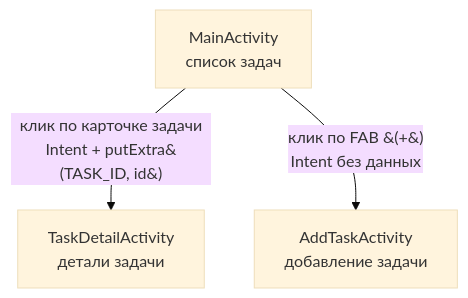
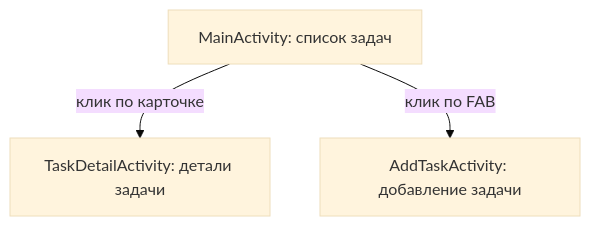
Before and after one commit to Lizix19/calendar: the diagram in docs/stage2_screens_diagram.md, drawn with Mermaid (base theme).

Commit message:
Fix mermaid diagram syntax

````diff
--- a/docs/stage2_screens_diagram.md
+++ b/docs/stage2_screens_diagram.md
@@ -3,5 +3,5 @@
 ```mermaid
 flowchart TD
-    A[MainActivity<br/>список задач] -->|клик по карточке задачи<br/>Intent + putExtra&#40;TASK_ID, id&#41;| B[TaskDetailActivity<br/>детали задачи]
-    A -->|клик по FAB &#40;+&#41;<br/>Intent без данных| C[AddTaskActivity<br/>добавление задачи]
+    A[MainActivity: список задач] -->|клик по карточке| B[TaskDetailActivity: детали задачи]
+    A -->|клик по FAB| C[AddTaskActivity: добавление задачи]
 ```
````
